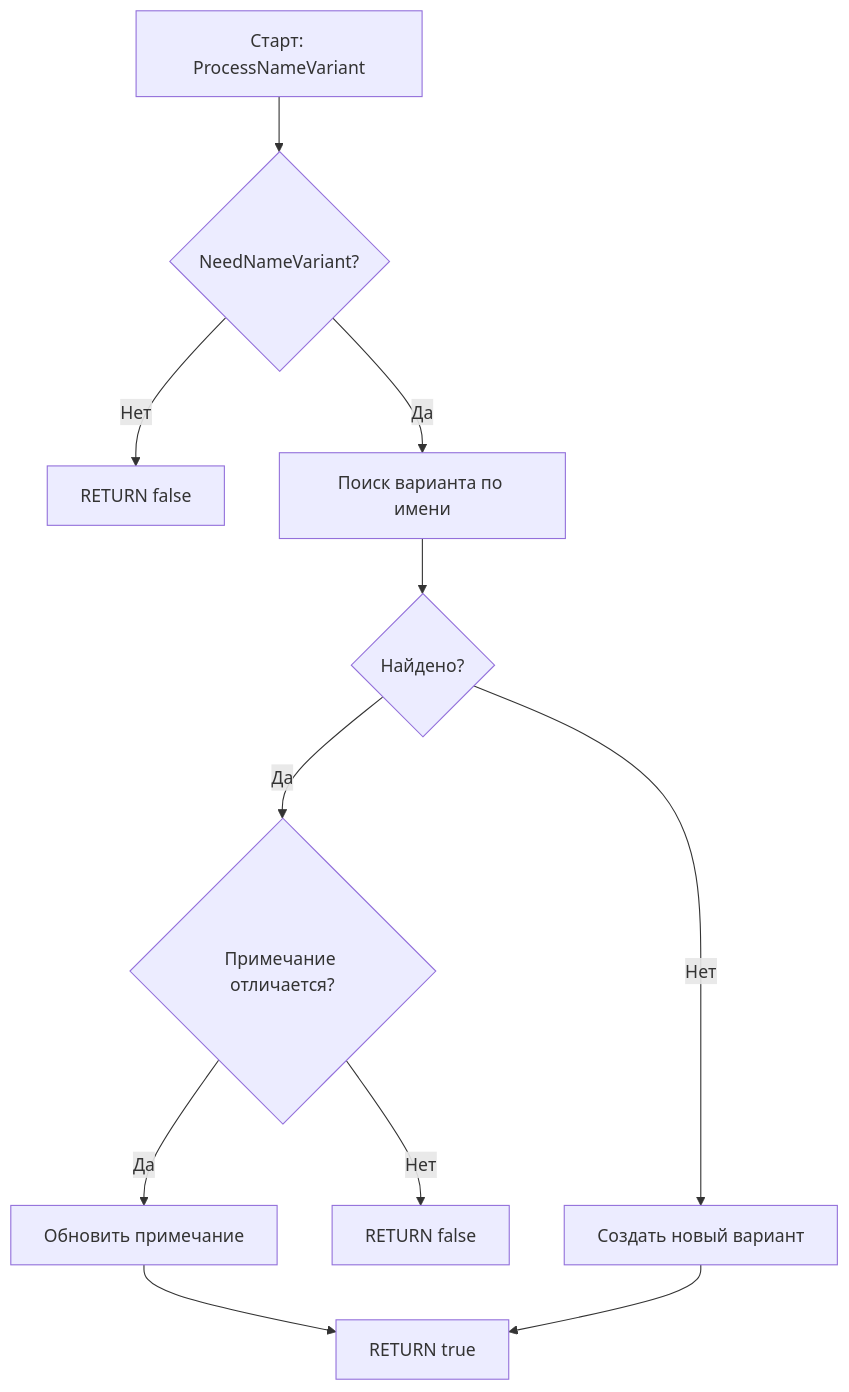
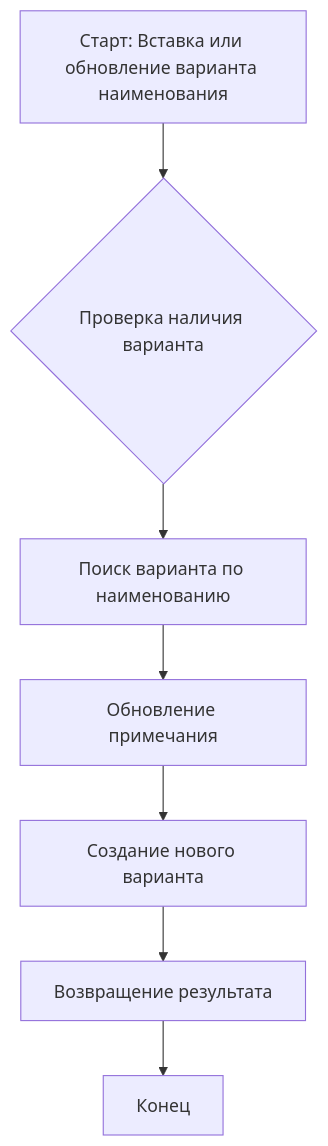
Diagram 14 of 20 in README.md (fivec/topsoft.JAM), drawn with Mermaid before and after one commit. The commit also changed other lines of this file, not shown here.

````diff
--- a/README.md
+++ b/README.md
@@ -387,13 +436,9 @@
 ```mermaid
 flowchart TD
-A[Старт: ProcessNameVariant] --> B{NeedNameVariant?}
-B -- Нет --> C[RETURN false]
-B -- Да --> D[Поиск варианта по имени]
-D --> E{Найдено?}
-E -- Да --> F{Примечание отличается?}
-F -- Да --> G[Обновить примечание]
-F -- Нет --> H[RETURN false]
-G --> I[RETURN true]
-E -- Нет --> J[Создать новый вариант]
-J --> I
+    A[Старт: Вставка или обновление варианта наименования] --> B{Проверка наличия варианта}
+    B --> C[Поиск варианта по наименованию]
+    C --> D[Обновление примечания]
+    D --> E[Создание нового варианта]
+    E --> F[Возвращение результата]
+    F --> G[Конец]
 ```
````
